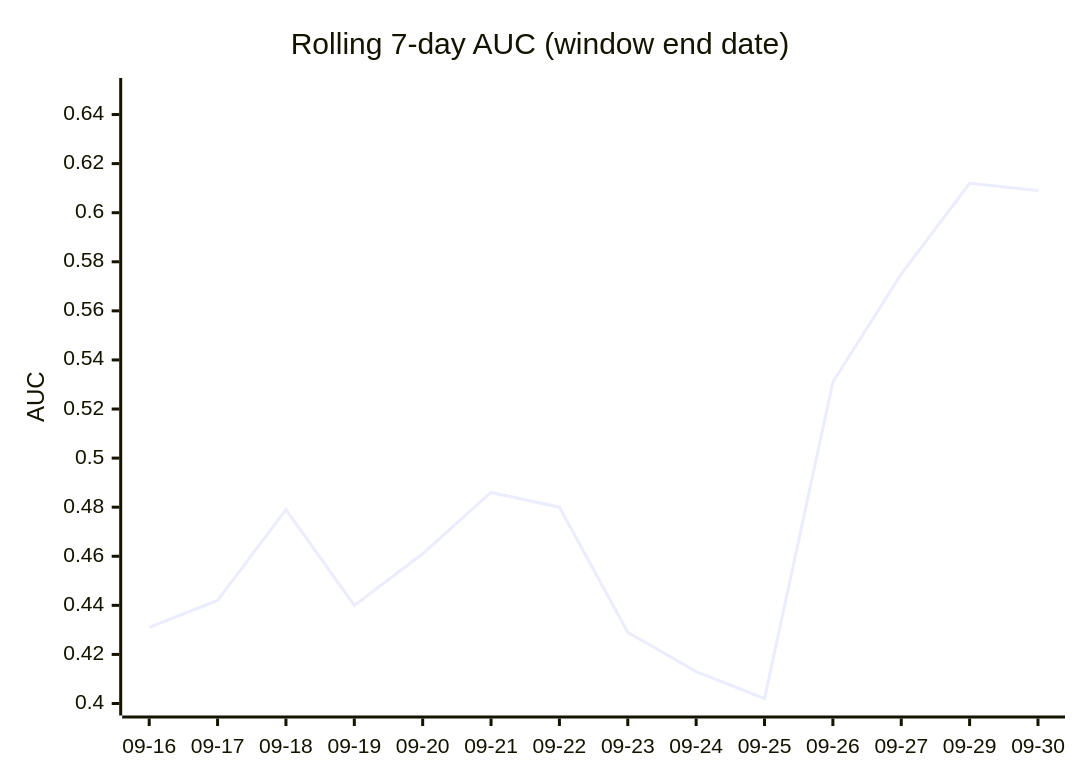
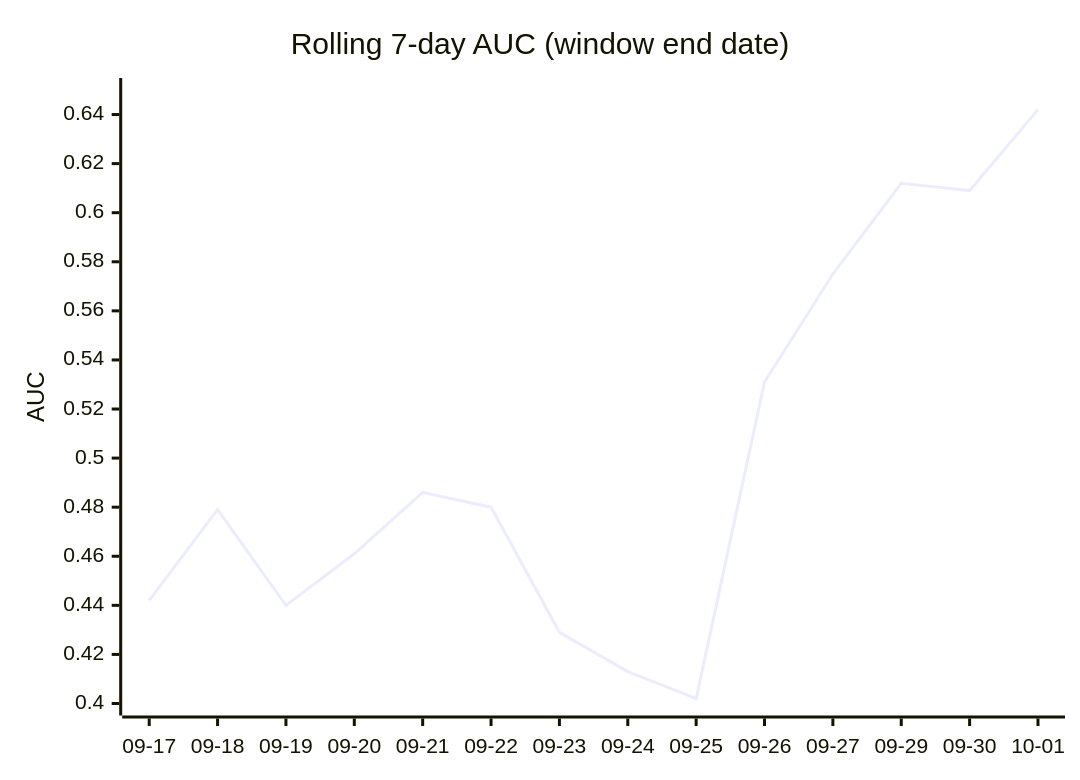
The third of 4 diagrams in DAILY_AGSU_REPORT.md (dpk1212/nhl-savant), drawn with Mermaid before and after one commit. The commit also changed other lines of this file, not shown here.

````diff
--- a/DAILY_AGSU_REPORT.md
+++ b/DAILY_AGSU_REPORT.md
@@ -838,7 +859,7 @@
 ```mermaid
 xychart-beta
     title "Rolling 7-day AUC (window end date)"
-    x-axis ["09-16", "09-17", "09-18", "09-19", "09-20", "09-21", "09-22", "09-23", "09-24", "09-25", "09-26", "09-27", "09-29", "09-30"]
+    x-axis ["09-17", "09-18", "09-19", "09-20", "09-21", "09-22", "09-23", "09-24", "09-25", "09-26", "09-27", "09-29", "09-30", "10-01"]
     y-axis "AUC" 0.4 --> 0.65
-    line [0.431, 0.442, 0.479, 0.44, 0.461, 0.486, 0.48, 0.429, 0.413, 0.402, 0.531, 0.575, 0.612, 0.609]
+    line [0.442, 0.479, 0.44, 0.461, 0.486, 0.48, 0.429, 0.413, 0.402, 0.531, 0.575, 0.612, 0.609, 0.642]
 ```
````
